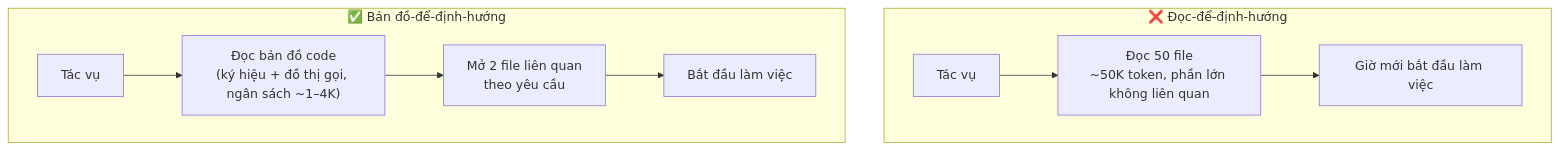
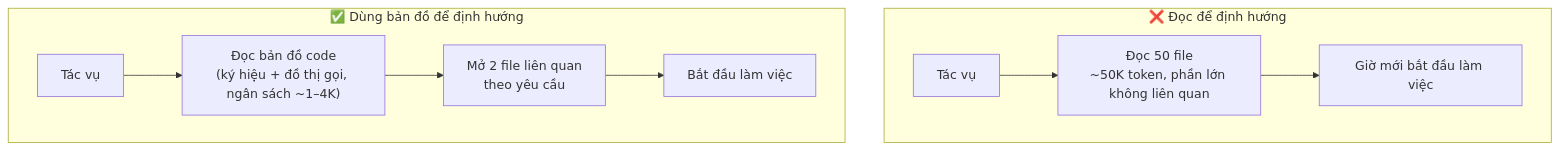
One commit to dungnm02/token-optimizer changed the first of 2 diagrams in solutions/code-maps.md. Above: the diagram before and after it, drawn with Mermaid. The commit also changed other lines of this file and 30 other files, not shown here.

````diff
--- a/solutions/code-maps.md
+++ b/solutions/code-maps.md
@@ -23,12 +24,12 @@
 ```mermaid
 flowchart TD
-    subgraph Bad["❌ Đọc-để-định-hướng"]
+    subgraph Bad["❌ Đọc để định hướng"]
         A[Tác vụ] --> B[Đọc 50 file<br/>~50K token, phần lớn không liên quan]
         B --> C[Giờ mới bắt đầu làm việc]
     end
-    subgraph Good["✅ Bản đồ-để-định-hướng"]
+    subgraph Good["✅ Dùng bản đồ để định hướng"]
         D[Tác vụ] --> E["Đọc bản đồ code<br/>(ký hiệu + đồ thị gọi, ngân sách ~1–4K)"]
         E --> F[Mở 2 file liên quan<br/>theo yêu cầu]
         F --> G[Bắt đầu làm việc]
     end
 ```
````
